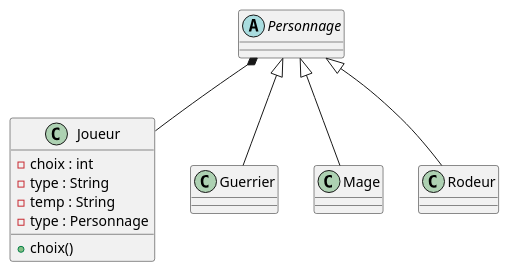
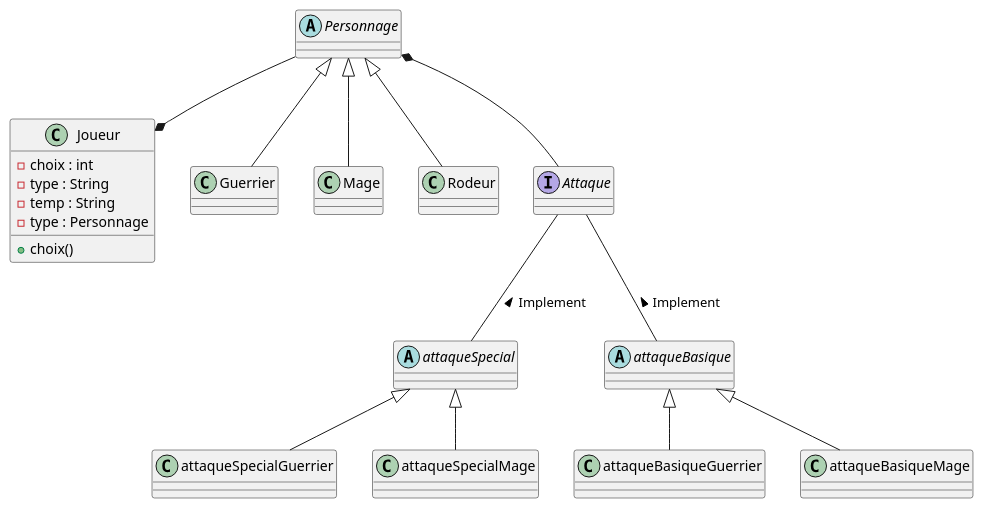
The diagram in uml/uml.puml (Chadumx/MagicWorld), drawn with PlantUML before and after one commit. The commit also changed 16 other files, not shown here.

Commit message:
WIP : Implementation de l'interface Attaque dans les class Guerrier, Rôdeur et Mage.

```diff
--- a/uml/uml.puml
+++ b/uml/uml.puml
@@ -1,32 +1,64 @@
 @startuml
 
 class Joueur {
 - choix : int
 - type : String
 - temp : String
 - type : Personnage
 + choix()
 }
 
 abstract Personnage{
 
 }
 
 class Guerrier {
  }
 
 class Mage {
 }
 
 class Rodeur {
 }
 
+interface Attaque {
+}
+
+abstract attaqueSpecial {
+}
+
+abstract attaqueBasique {
+}
+
+class attaqueBasiqueGuerrier {
+}
+
+class attaqueSpecialGuerrier {
+}
+
+class attaqueBasiqueMage {
+}
+
+class attaqueSpecialMage {
+}
+
+Attaque -- attaqueSpecial : < Implement
+Attaque -- attaqueBasique : < Implement
+attaqueBasique <|-- attaqueBasiqueGuerrier
+attaqueSpecial <|-- attaqueSpecialGuerrier
+attaqueBasique <|-- attaqueBasiqueMage
+attaqueSpecial <|-- attaqueSpecialMage
+
+
+
+
 
 Personnage <|-- Guerrier
 Personnage <|-- Rodeur
 Personnage <|-- Mage
 
-Personnage *-- Joueur
+Personnage --* Joueur
+Personnage *-- Attaque
 
 
 @enduml
```
